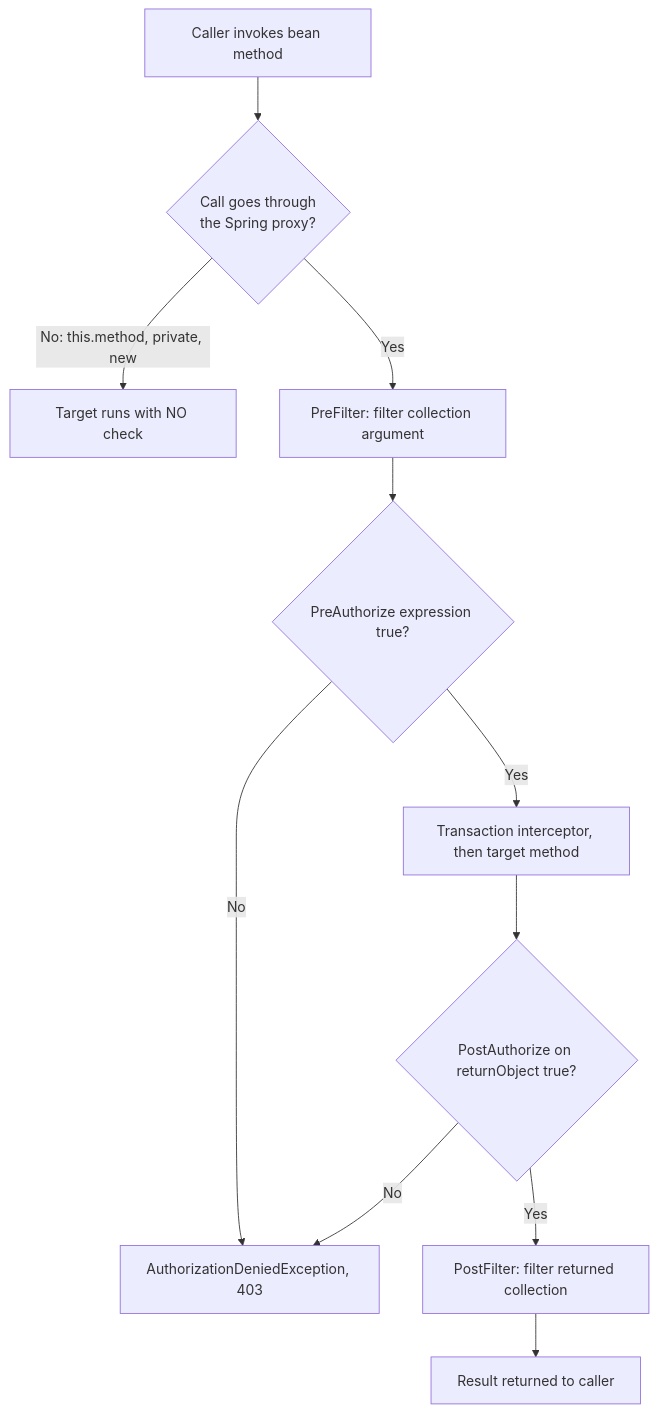
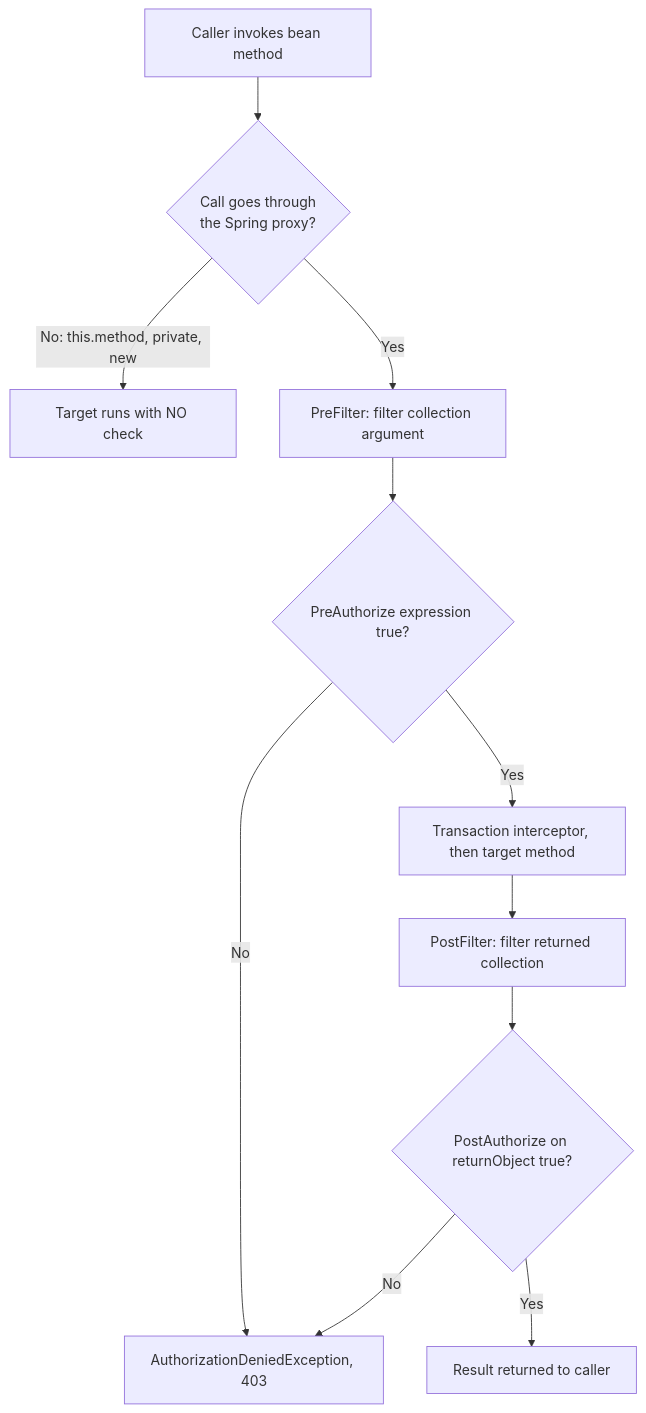
One commit to vishalhulawale/knowledge-base changed the second of 2 diagrams in docs/spring-security-oauth2/02-authentication-vs-authorization-method-security.md. Above: the diagram before and after it, drawn with Mermaid. The commit also changed other lines of this file and 6 other files, not shown here.

````diff
--- a/docs/spring-security-oauth2/02-authentication-vs-authorization-method-security.md
+++ b/docs/spring-security-oauth2/02-authentication-vs-authorization-method-security.md
@@ -128,13 +124,13 @@
 ```mermaid
 flowchart TD
     A["Caller invokes bean method"] --> B{"Call goes through<br/>the Spring proxy?"}
     B -- "No: this.method, private, new" --> X["Target runs with NO check"]
     B -- Yes --> C["PreFilter: filter collection argument"]
     C --> D{"PreAuthorize expression true?"}
     D -- No --> E["AuthorizationDeniedException, 403"]
     D -- Yes --> F["Transaction interceptor, then target method"]
-    F --> G{"PostAuthorize on returnObject true?"}
+    F --> H["PostFilter: filter returned collection"]
+    H --> G{"PostAuthorize on returnObject true?"}
     G -- No --> E
-    G -- Yes --> H["PostFilter: filter returned collection"]
-    H --> I["Result returned to caller"]
+    G -- Yes --> I["Result returned to caller"]
 ```
````
